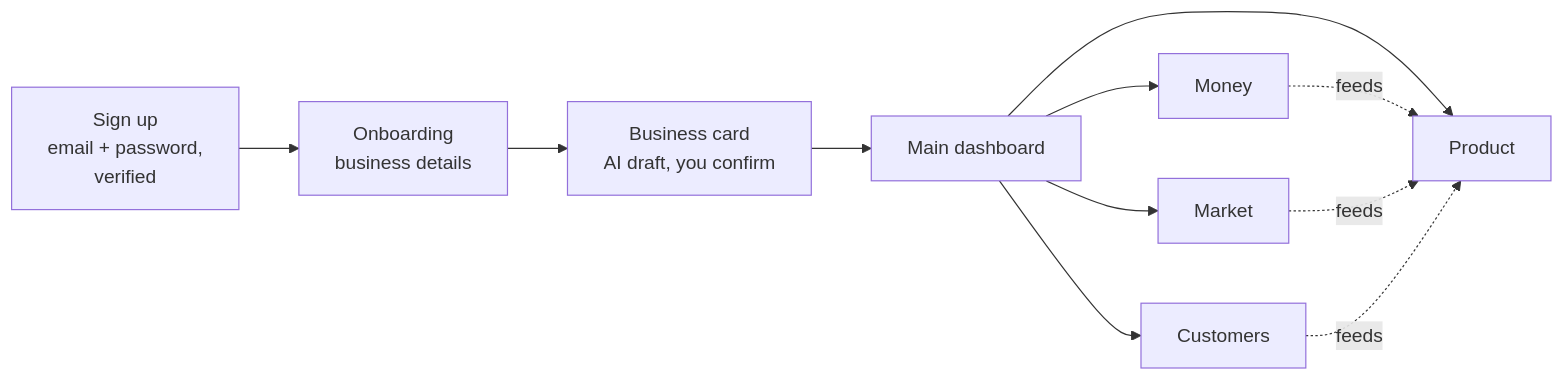
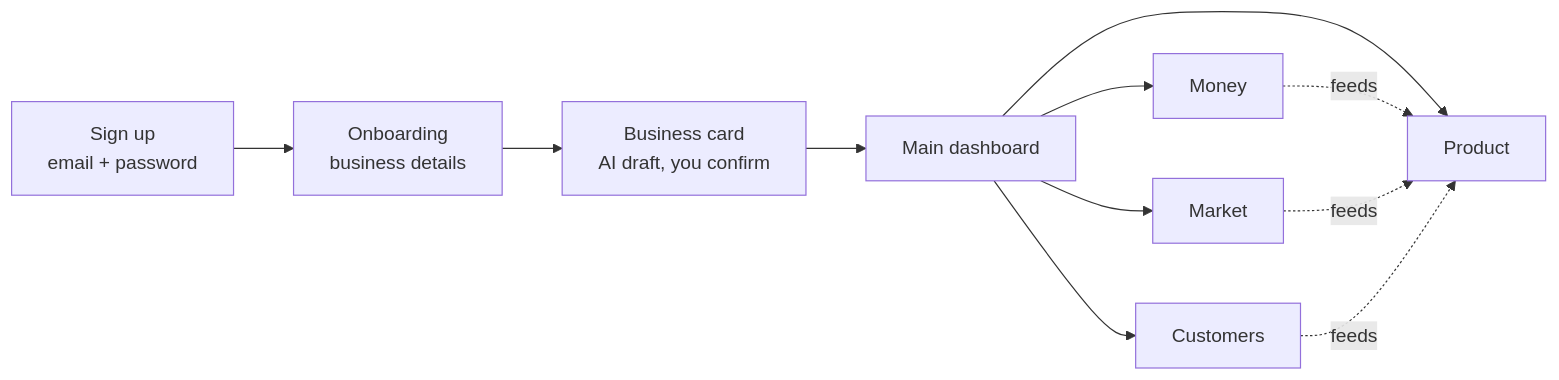
One commit to Niranjan-cyber/rivallens changed the first of 4 diagrams in docs/deck/PPT-CONTENT.md. Above: the diagram before and after it, drawn with Mermaid. The commit also changed other lines of this file and 9 other files, not shown here.

Commit message:
B14a: email + password sign-up without confirmation (API creates confirmed users, D-83)

````diff
--- a/docs/deck/PPT-CONTENT.md
+++ b/docs/deck/PPT-CONTENT.md
@@ -68,13 +68,13 @@
 ```mermaid
 flowchart LR
-  A[Sign up<br/>email + password,<br/>verified] --> B[Onboarding<br/>business details]
+  A[Sign up<br/>email + password] --> B[Onboarding<br/>business details]
   B --> C[Business card<br/>AI draft, you confirm]
   C --> D[Main dashboard]
   D --> P[Product]
   D --> M[Money]
   D --> K[Market]
   D --> U[Customers]
   M -.feeds.-> P
   K -.feeds.-> P
   U -.feeds.-> P
 ```
````
